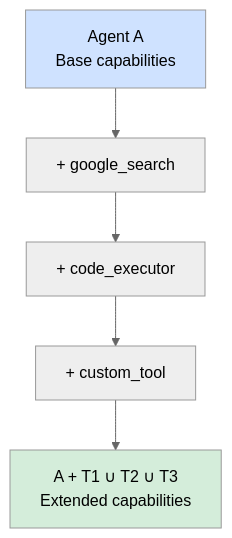
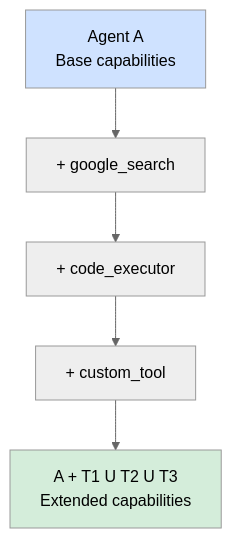
One commit to xkrajnan/Agentic_Design_Patterns changed diagram 18 of 37 in docs/10_UNIFIED_THEORY.md. Above: the diagram before and after it, drawn with Mermaid (neutral theme). The commit also changed other lines of this file, not shown here.

First line of the commit message:
Fix Mermaid diagrams: Replace Unicode math symbols with ASCII

````diff
--- a/docs/10_UNIFIED_THEORY.md
+++ b/docs/10_UNIFIED_THEORY.md
@@ -1034,17 +1034,17 @@
 ```mermaid
 flowchart TB
     A[Agent A<br/>Base capabilities]
     T1[+ google_search]
     T2[+ code_executor]
     T3[+ custom_tool]
 
-    Result[A + T1 ∪ T2 ∪ T3<br/>Extended capabilities]
+    Result[A + T1 U T2 U T3<br/>Extended capabilities]
 
     A --> T1
     T1 --> T2
     T2 --> T3
     T3 --> Result
 
     style A fill:#cfe2ff
     style Result fill:#d4edda
 ```
````
